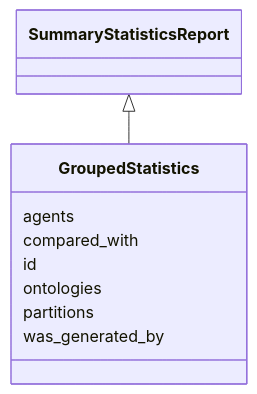
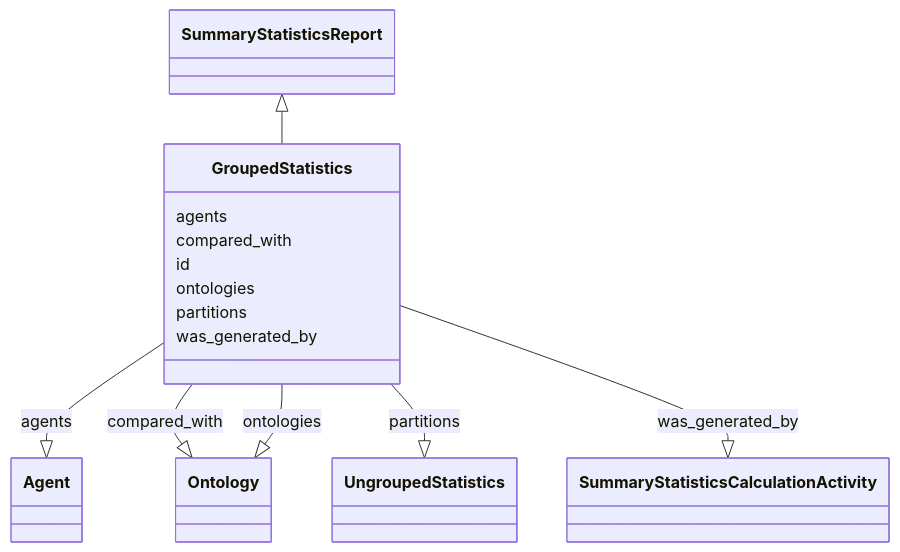
Before and after one commit to cthoyt/ontology-access-kit: the diagram in summary-statistics/GroupedStatistics.md, drawn with Mermaid. The commit also changed other lines of this file and 3287 other files, not shown here.

````diff
--- a/summary-statistics/GroupedStatistics.md
+++ b/summary-statistics/GroupedStatistics.md
@@ -11,13 +14,29 @@
 ```{mermaid}
  classDiagram
     class GroupedStatistics
       SummaryStatisticsReport <|-- GroupedStatistics
       
       GroupedStatistics : agents
+        
+          GroupedStatistics --|> Agent : agents
+        
       GroupedStatistics : compared_with
+        
+          GroupedStatistics --|> Ontology : compared_with
+        
       GroupedStatistics : id
+        
       GroupedStatistics : ontologies
+        
+          GroupedStatistics --|> Ontology : ontologies
+        
       GroupedStatistics : partitions
+        
+          GroupedStatistics --|> UngroupedStatistics : partitions
+        
       GroupedStatistics : was_generated_by
+        
+          GroupedStatistics --|> SummaryStatisticsCalculationActivity : was_generated_by
+        
       
 ```
````
